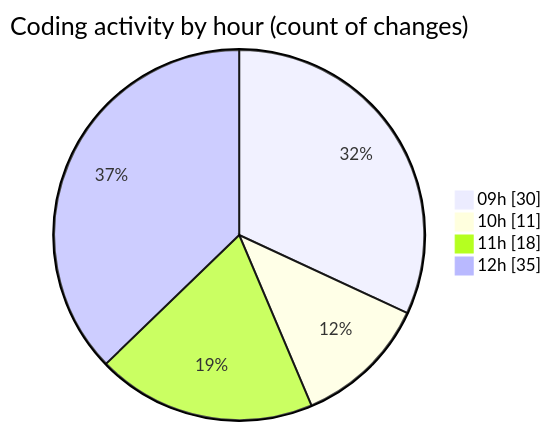
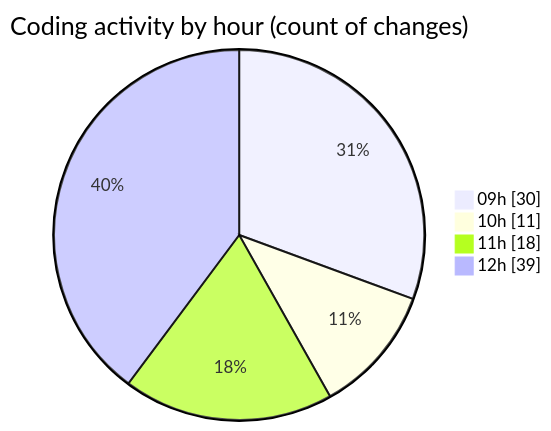
The second of 2 diagrams in 2025-03-05/cda/README.md (momahboobian/code-tracking), drawn with Mermaid before and after one commit. The commit also changed other lines of this file and 1 other file, not shown here.

````diff
--- a/2025-03-05/cda/README.md
+++ b/2025-03-05/cda/README.md
@@ -59,8 +59,8 @@
 ```mermaid
 pie showData
 title Coding activity by hour (count of changes)
 "09h" : 30
 "10h" : 11
 "11h" : 18
-"12h" : 35
+"12h" : 39
 ```
````
